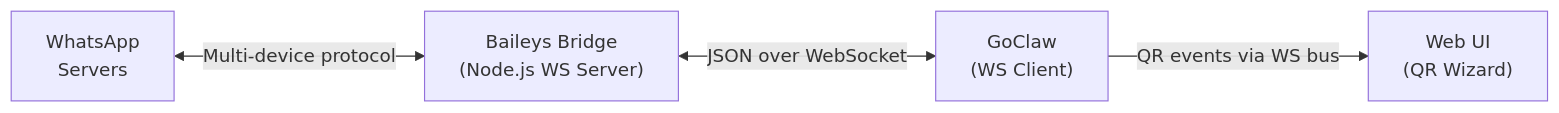
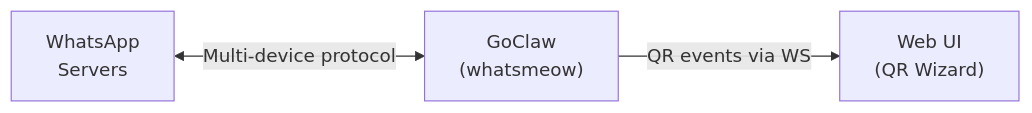
One commit to nextlevelbuilder/goclaw-docs changed the diagram in channels/whatsapp.md. Above: the diagram before and after it, drawn with Mermaid. The commit also changed other lines of this file and 5 other files, not shown here.

````diff
--- a/channels/whatsapp.md
+++ b/channels/whatsapp.md
@@ -75,11 +46,9 @@
 ```mermaid
 flowchart LR
     WA["WhatsApp<br/>Servers"]
-    BRIDGE["Baileys Bridge<br/>(Node.js WS Server)"]
-    GC["GoClaw<br/>(WS Client)"]
+    GC["GoClaw<br/>(whatsmeow)"]
     UI["Web UI<br/>(QR Wizard)"]
 
-    WA <-->|"Multi-device protocol"| BRIDGE
-    BRIDGE <-->|"JSON over WebSocket"| GC
-    GC -->|"QR events via WS bus"| UI
+    WA <-->|"Multi-device protocol"| GC
+    GC -->|"QR events via WS"| UI
 ```
````
